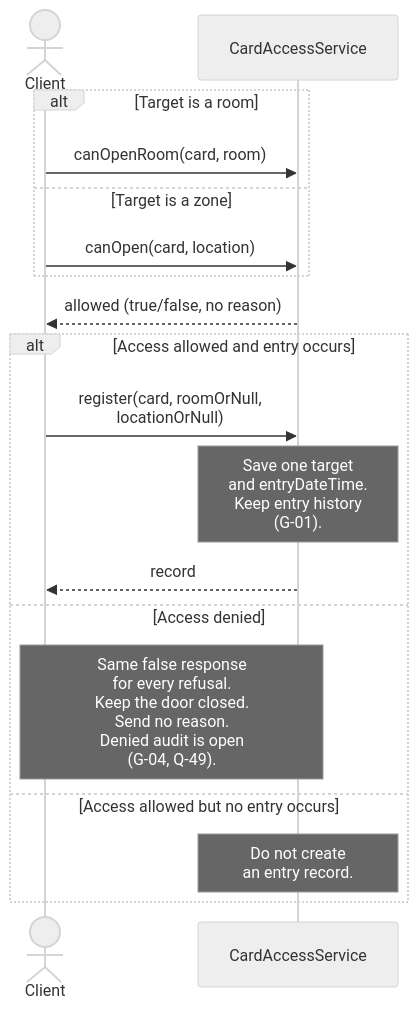
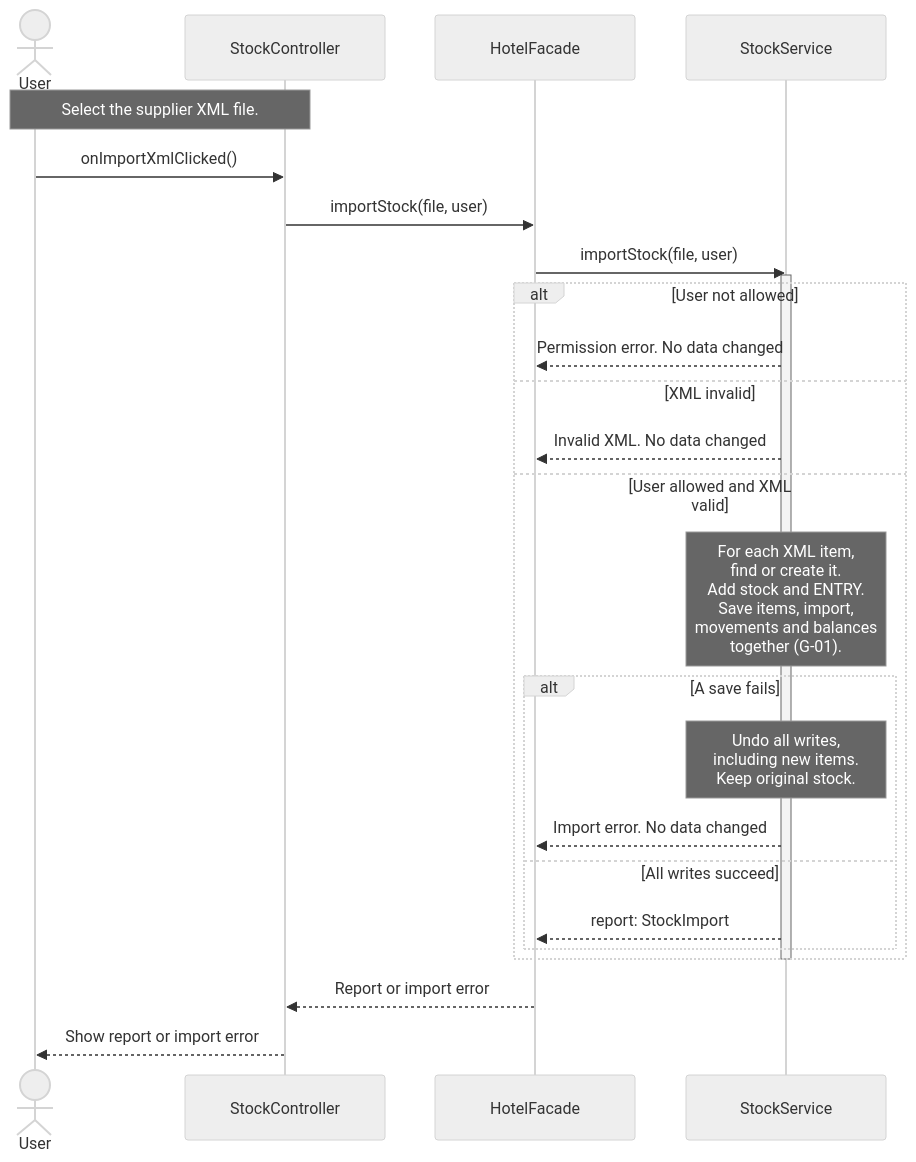
The second of 2 diagrams in docs/uml/sequence-diagrams.md (BorjaTiago/hotel4you), drawn with Mermaid before and after one commit. The commit also changed other lines of this file and 14 other files, not shown here.

First line of the commit message:
H4Y-8 align XML stock import and sequence docs (#20)

````diff
--- a/docs/uml/sequence-diagrams.md
+++ b/docs/uml/sequence-diagrams.md
@@ -75,21 +84,29 @@
 ```mermaid
 %%{init: {"theme":"neutral","fontFamily":"Arial","sequence":{"actorFontFamily":"Arial","noteFontFamily":"Arial","messageFontFamily":"Arial","width":200,"wrap":true}}}%%
 sequenceDiagram
-    actor Client
-    participant CAS as CardAccessService
-    alt Target is a room
-        Client->>CAS: canOpenRoom(card, room)
-    else Target is a zone
-        Client->>CAS: canOpen(card, location)
+    actor User
+    participant SC as StockController
+    participant F as HotelFacade
+    participant SS as StockService
+    Note over User,SC: Select the supplier XML file.
+    User->>SC: onImportXmlClicked()
+    SC->>F: importStock(file, user)
+    F->>SS: importStock(file, user)
+    activate SS
+    alt User not allowed
+        SS-->>F: Permission error. No data changed
+    else XML invalid
+        SS-->>F: Invalid XML. No data changed
+    else User allowed and XML valid
+        Note over SS: For each XML item,<br/>find or create it.<br/>Add stock and ENTRY.<br/>Save items, import,<br/>movements and balances<br/>together (G-01).
+        alt A save fails
+            Note over SS: Undo all writes,<br/>including new items.<br/>Keep original stock.
+            SS-->>F: Import error. No data changed
+        else All writes succeed
+            SS-->>F: report: StockImport
+        end
     end
-    CAS-->>Client: allowed (true/false, no reason)
-    alt Access allowed and entry occurs
-        Client->>CAS: register(card, roomOrNull, locationOrNull)
-        Note over CAS: Save one target<br/>and entryDateTime.<br/>Keep entry history<br/>(G-01).
-        CAS-->>Client: record
-    else Access denied
-        Note over Client,CAS: Same false response<br/>for every refusal.<br/>Keep the door closed.<br/>Send no reason.<br/>Denied audit is open<br/>(G-04, Q-49).
-    else Access allowed but no entry occurs
-        Note over CAS: Do not create<br/>an entry record.
-    end
+    deactivate SS
+    F-->>SC: Report or import error
+    SC-->>User: Show report or import error
 ```
````
